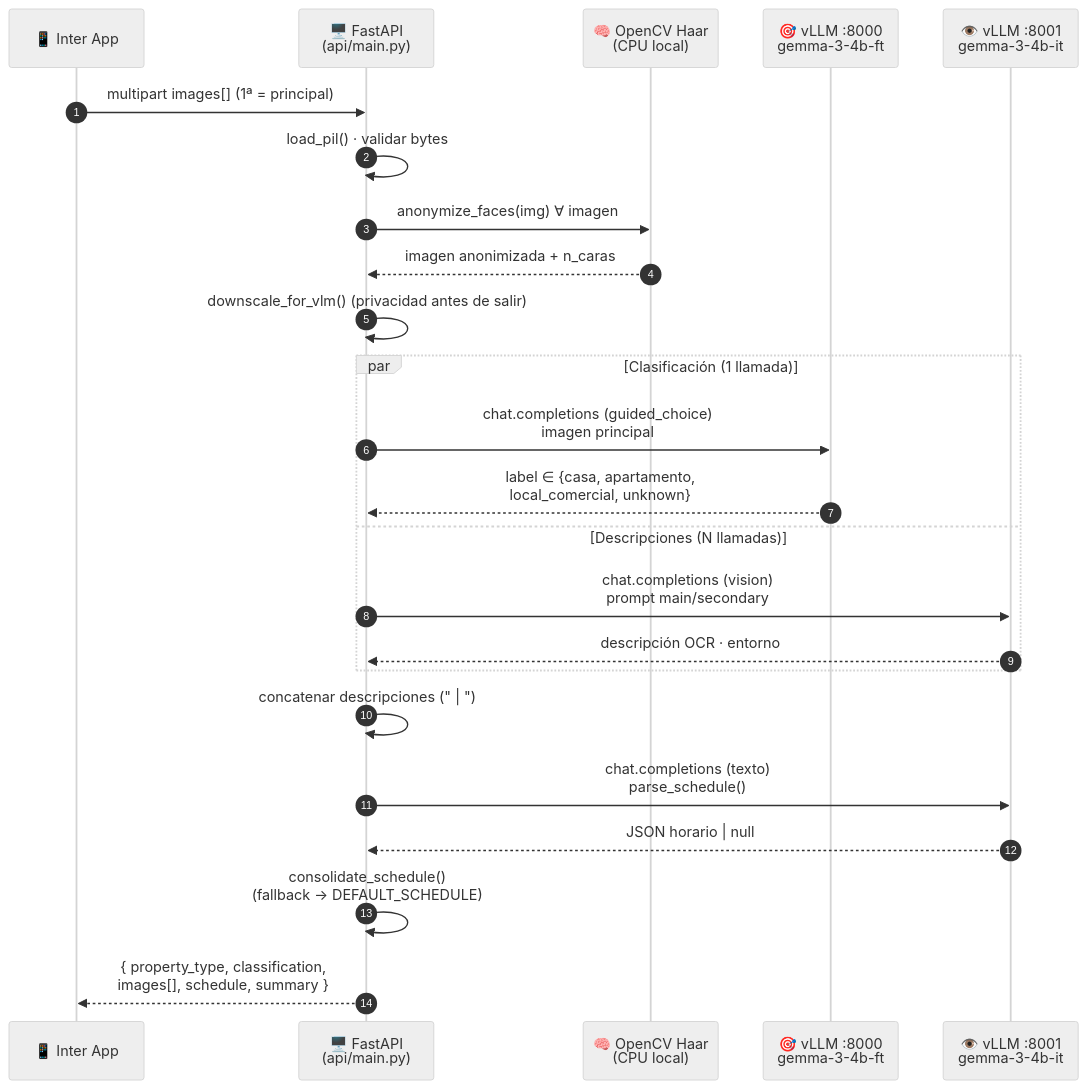
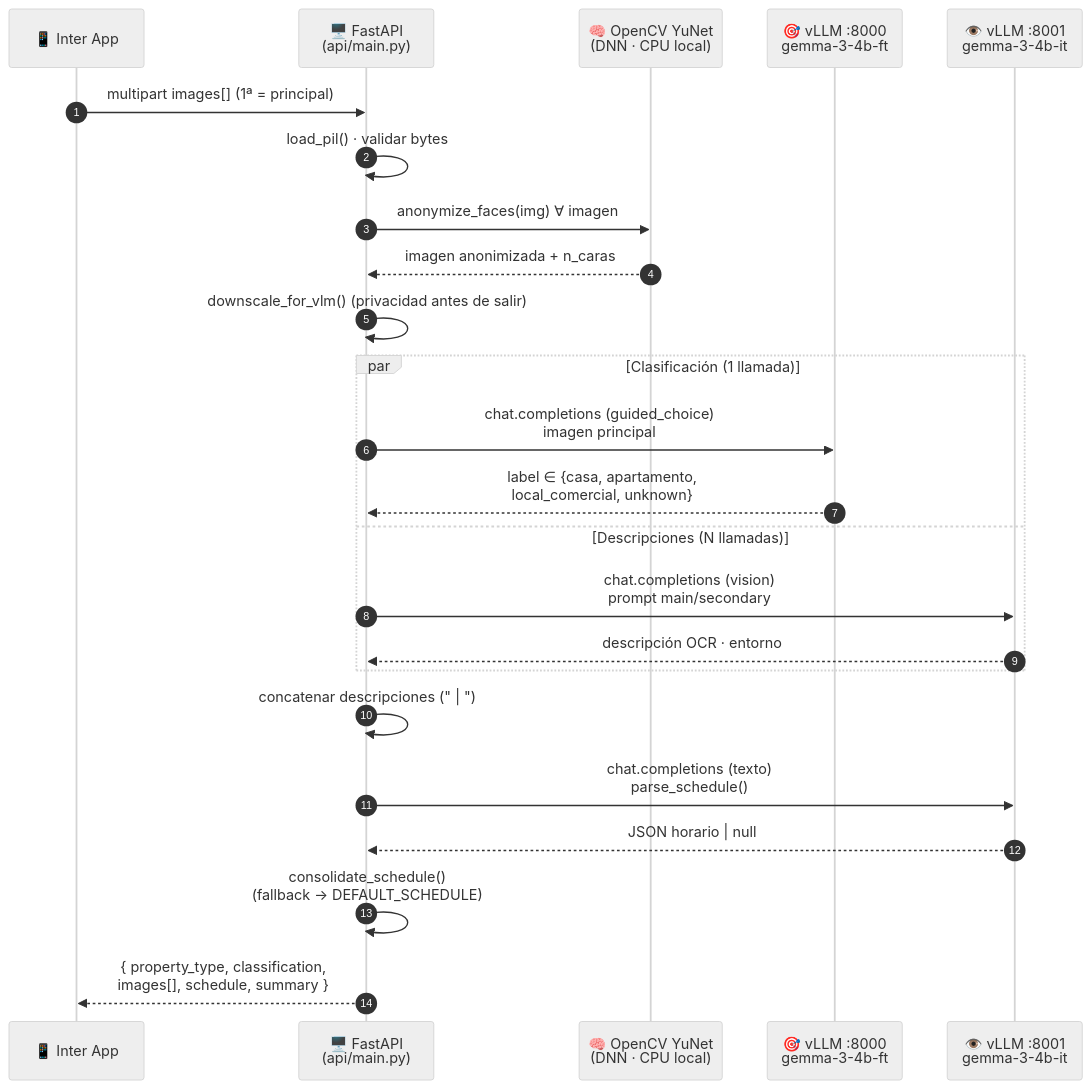
Before and after one commit to marlon-alvarez/clasificador_edificios: the second of 6 diagrams in ARCHITECTURE.md, drawn with Mermaid (neutral theme). The commit also changed other lines of this file and 4 other files, not shown here.

````diff
--- a/ARCHITECTURE.md
+++ b/ARCHITECTURE.md
@@ -71,29 +71,29 @@
 ```mermaid
 sequenceDiagram
     autonumber
     participant U as 📱 Inter App
     participant A as 🖥️ FastAPI<br/>(api/main.py)
-    participant H as 🧠 OpenCV Haar<br/>(CPU local)
+    participant H as 🧠 OpenCV YuNet<br/>(DNN · CPU local)
     participant C as 🎯 vLLM :8000<br/>gemma-3-4b-ft
     participant D as 👁️ vLLM :8001<br/>gemma-3-4b-it
 
     U->>A: multipart images[] (1ª = principal)
     A->>A: load_pil() · validar bytes
     A->>H: anonymize_faces(img) ∀ imagen
     H-->>A: imagen anonimizada + n_caras
     A->>A: downscale_for_vlm() (privacidad antes de salir)
 
     par Clasificación (1 llamada)
         A->>C: chat.completions (guided_choice)<br/>imagen principal
         C-->>A: label ∈ {casa, apartamento,<br/>local_comercial, unknown}
     and Descripciones (N llamadas)
         A->>D: chat.completions (vision)<br/>prompt main/secondary
         D-->>A: descripción OCR · entorno
     end
 
     A->>A: concatenar descripciones (" | ")
     A->>D: chat.completions (texto)<br/>parse_schedule()
     D-->>A: JSON horario | null
     A->>A: consolidate_schedule()<br/>(fallback → DEFAULT_SCHEDULE)
     A-->>U: { property_type, classification,<br/>images[], schedule, summary }
 ```
````
